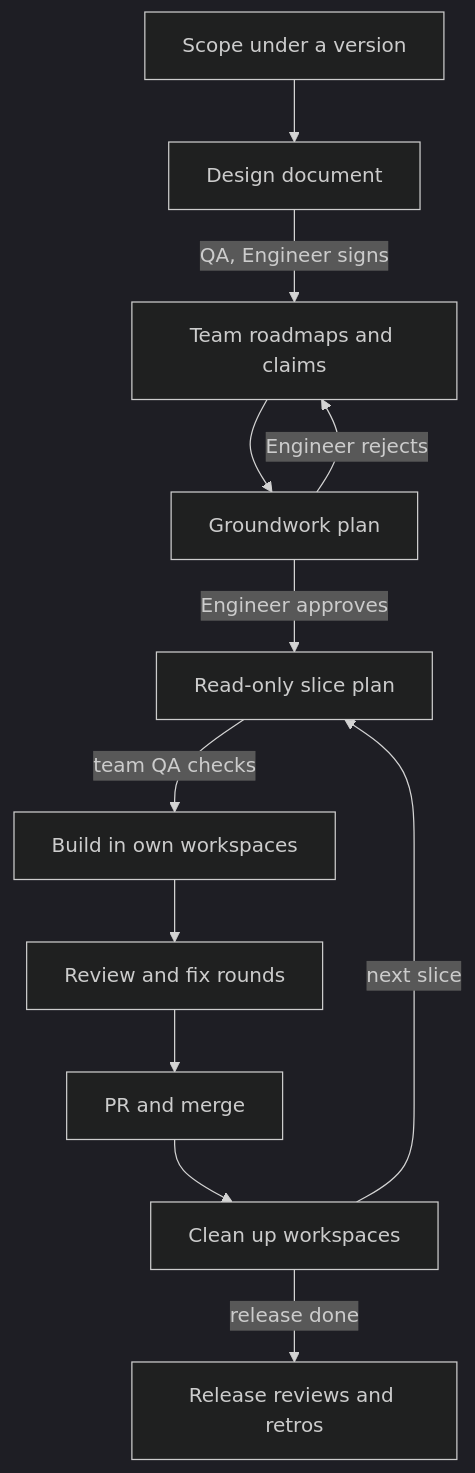
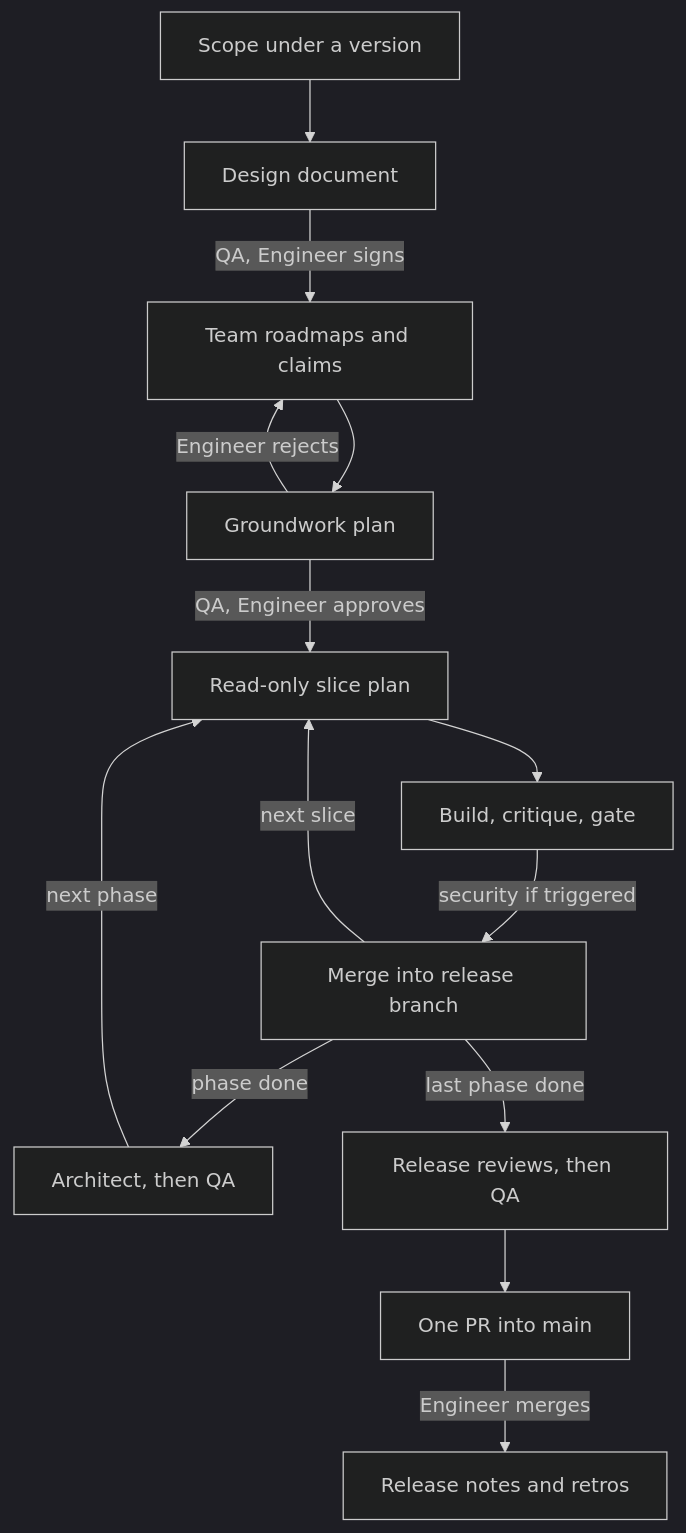
Before and after one commit to ProgrammingCheetah/ways: the diagram in plugins/teams/README.md, drawn with Mermaid (dark theme). The commit also changed other lines of this file and 22 other files, not shown here.

First line of the commit message:
teams: QA at the top (milestone QA, one PR per release) (#8)

````diff
--- a/plugins/teams/README.md
+++ b/plugins/teams/README.md
@@ -15,14 +15,16 @@
 ```mermaid
 flowchart TD
   A[Scope under a version] --> B[Design document]
   B -->|QA, Engineer signs| C[Team roadmaps and claims]
   C --> D[Groundwork plan]
   D -->|Engineer rejects| C
-  D -->|Engineer approves| E[Read-only slice plan]
-  E -->|team QA checks| F[Build in own workspaces]
-  F --> G[Review and fix rounds]
-  G --> H[PR and merge]
-  H --> I[Clean up workspaces]
-  I -->|next slice| E
-  I -->|release done| J[Release reviews and retros]
+  D -->|QA, Engineer approves| E[Read-only slice plan]
+  E --> F[Build, critique, gate]
+  F -->|security if triggered| G[Merge into release branch]
+  G -->|next slice| E
+  G -->|phase done| H[Architect, then QA]
+  H -->|next phase| E
+  G -->|last phase done| I[Release reviews, then QA]
+  I --> J[One PR into main]
+  J -->|Engineer merges| K[Release notes and retros]
 ```
````
